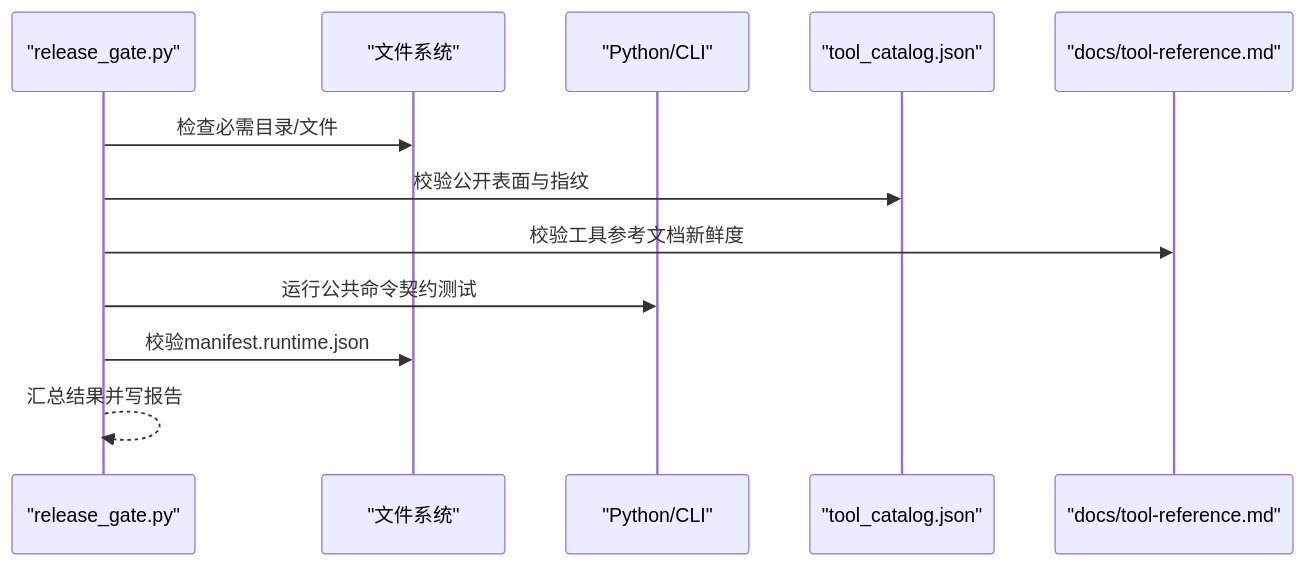
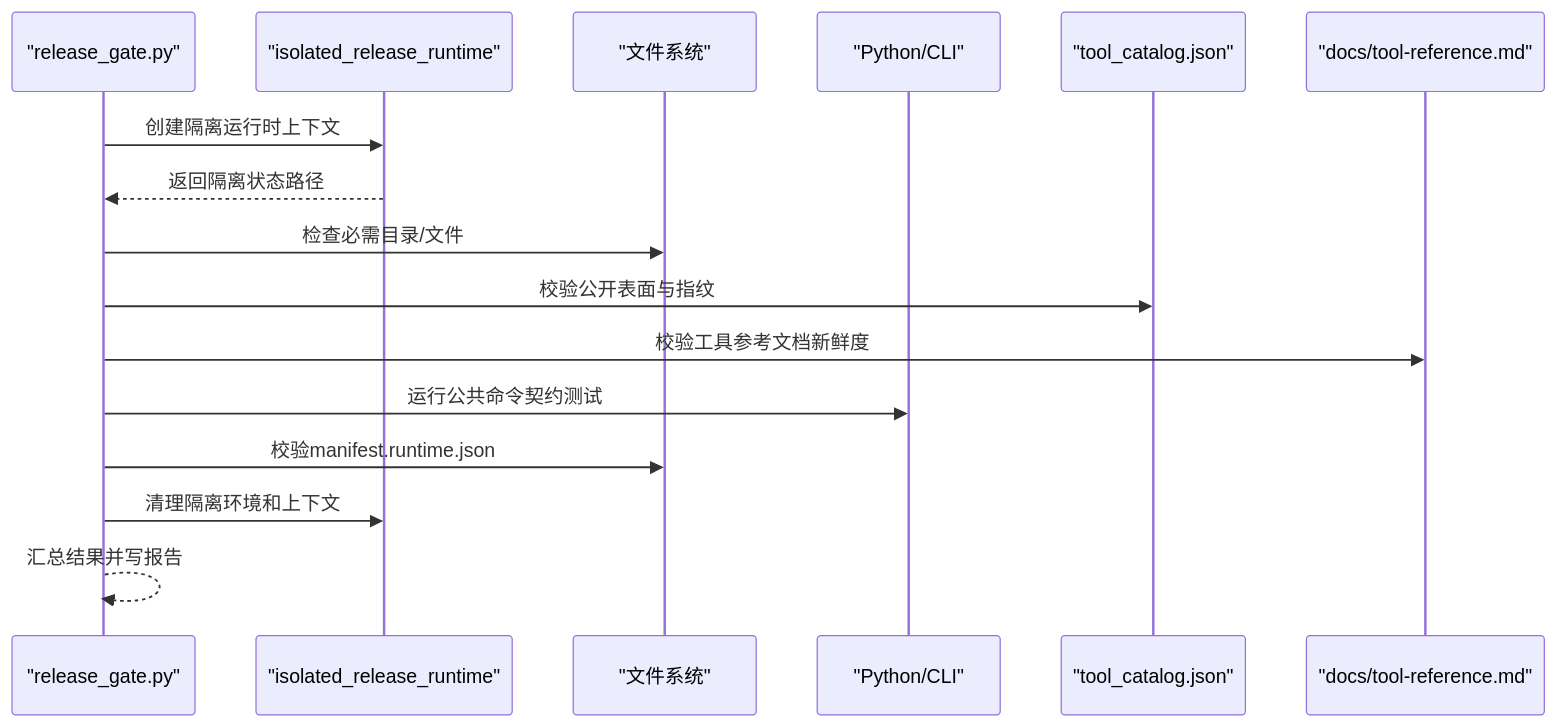
Before and after one commit to haolange/RDC-Tool: the sixth of 8 diagrams in .qoder/repowiki/zh/content/开发指南/构建和发布.md, drawn with Mermaid. The commit also changed other lines of this file and 53 other files, not shown here.

````diff
--- a/.qoder/repowiki/zh/content/开发指南/构建和发布.md
+++ b/.qoder/repowiki/zh/content/开发指南/构建和发布.md
@@ -315,14 +328,18 @@
 ```mermaid
 sequenceDiagram
 participant Gate as "release_gate.py"
+participant IR as "isolated_release_runtime"
 participant FS as "文件系统"
 participant Py as "Python/CLI"
 participant Cat as "tool_catalog.json"
 participant Doc as "docs/tool-reference.md"
+Gate->>IR : 创建隔离运行时上下文
+IR-->>Gate : 返回隔离状态路径
 Gate->>FS : 检查必需目录/文件
 Gate->>Cat : 校验公开表面与指纹
 Gate->>Doc : 校验工具参考文档新鲜度
 Gate->>Py : 运行公共命令契约测试
 Gate->>FS : 校验manifest.runtime.json
+Gate->>IR : 清理隔离环境和上下文
 Gate-->>Gate : 汇总结果并写报告
 ```
````
